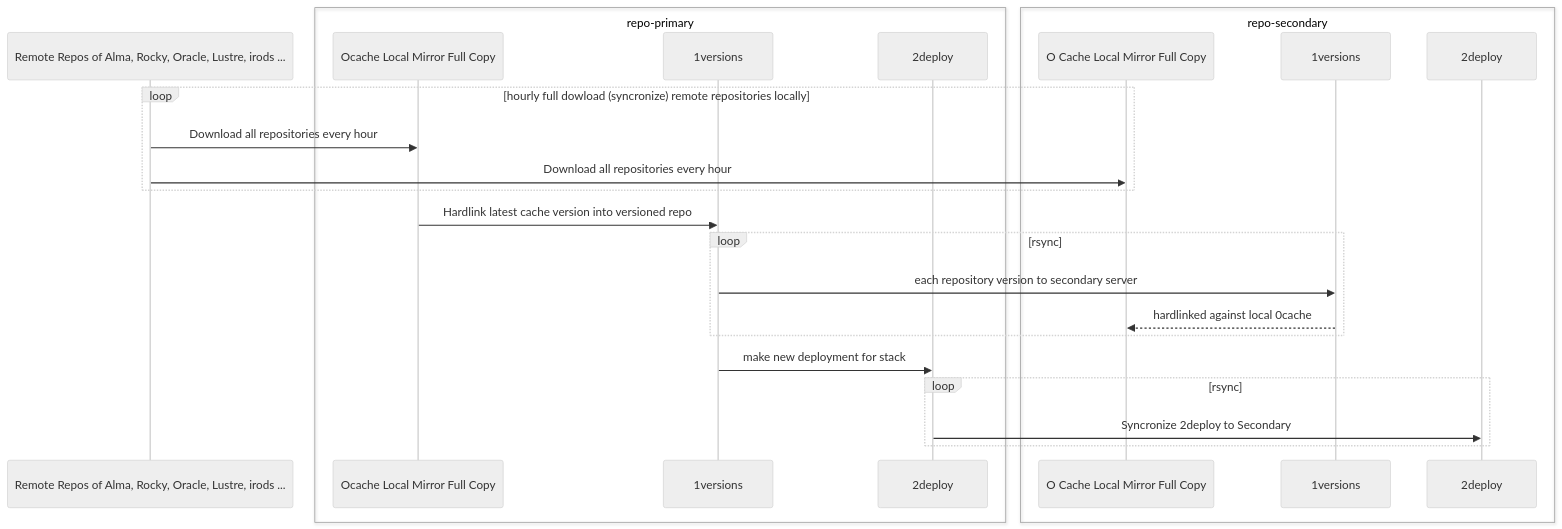
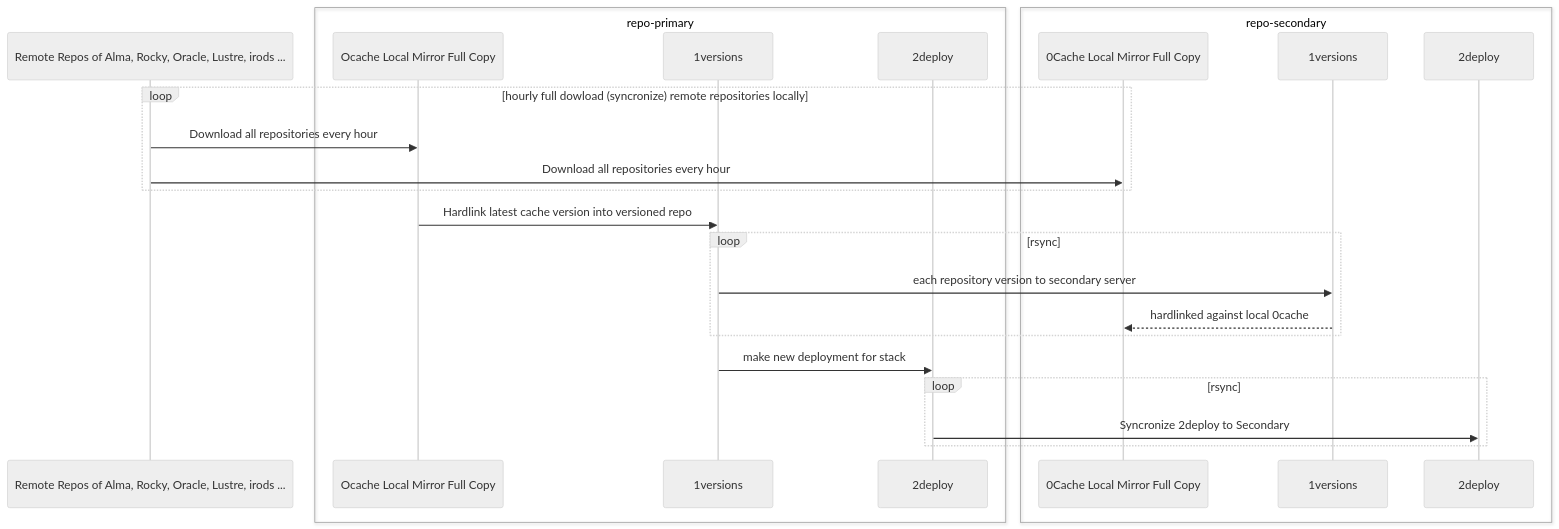
The diagram in roles/repo_mirror/README.md (molgenis/league-of-robots), drawn with Mermaid (neutral theme) before and after one commit. The commit also changed other lines of this file and 5 other files, not shown here.

````diff
--- a/roles/repo_mirror/README.md
+++ b/roles/repo_mirror/README.md
@@ -143,38 +145,38 @@
 ```mermaid
 sequenceDiagram
     participant Remote as Remote Repos of Alma, Rocky, Oracle, Lustre, irods ...
     box transparent repo-primary
-        participant POcache as  Ocache Local Mirror Full Copy
-        participant PIversions as 1versions
-        participant PZdeploy as 2deploy
+        participant P0cache as  Ocache Local Mirror Full Copy
+        participant P1versions as 1versions
+        participant P2deploy as 2deploy
     end
     box transparent repo-secondary
-        participant SOcache as  O Cache Local Mirror Full Copy
-        participant SIversions as 1versions
-        participant SZdeploy as 2deploy
+        participant S0cache as  0Cache Local Mirror Full Copy
+        participant S1versions as 1versions
+        participant S2deploy as 2deploy
     end
 
     loop hourly full dowload  (syncronize) remote repositories locally
-        Remote ->> POcache: Download all repositories every hour
-        Remote ->> SOcache: Download all repositories every hour
+        Remote ->> P0cache: Download all repositories every hour
+        Remote ->> S0cache: Download all repositories every hour
     end
     %%Note right of API: Validate items,<br/>charge payment
     %%par Notify kitchen
     %%    API->>Kitchen: New order ticket
     %%and Confirm to customer
     %%    API-->>App: Order accepted, ETA 30 min
     %%end
-    POcache ->>PIversions: Hardlink latest cache version into versioned repo
+    P0cache ->>P1versions: Hardlink latest cache version into versioned repo
     %%API->>Admin: Request pickup
 
     loop rsync
-        PIversions ->> SIversions: each repository version to secondary server
-        SIversions -->> SOcache: hardlinked against local 0cache
+        P1versions ->> S1versions: each repository version to secondary server
+        S1versions -->> S0cache: hardlinked against local 0cache
 
     end
-    PIversions ->> PZdeploy: make new deployment for stack
+    P1versions ->> P2deploy: make new deployment for stack
     loop rsync
-        PZdeploy ->> SZdeploy: Syncronize 2deploy to Secondary
+        P2deploy ->> S2deploy: Syncronize 2deploy to Secondary
     end
 
 ```
````
